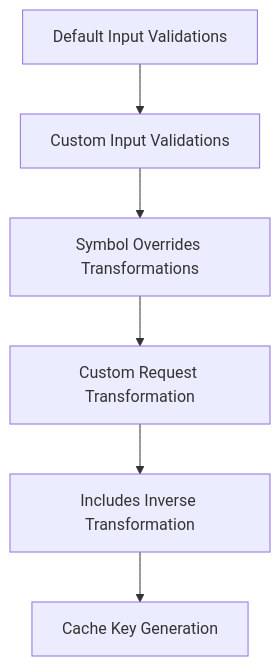
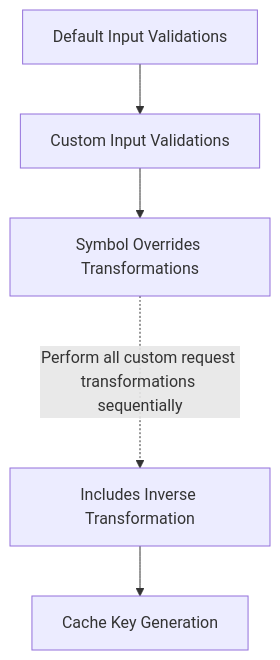
The diagram in docs/v3-ea-components/adapter.md (smartcontractkit/ea-framework-js), drawn with Mermaid before and after one commit.

Commit message:
Made custom request transformation part clearer

````diff
--- a/docs/v3-ea-components/adapter.md
+++ b/docs/v3-ea-components/adapter.md
@@ -148,4 +148,4 @@
 ```mermaid
 flowchart TD
-  A[Default Input Validations] --> B[Custom Input Validations] --> C[Symbol Overrides Transformations] --> D[Custom Request Transformation] --> E[Includes Inverse Transformation] --> F[Cache Key Generation]
+  A[Default Input Validations] --> B[Custom Input Validations] --> C[Symbol Overrides Transformations] -..-> |Perform all custom request transformations sequentially| E[Includes Inverse Transformation] --> F[Cache Key Generation]
 ```
````
